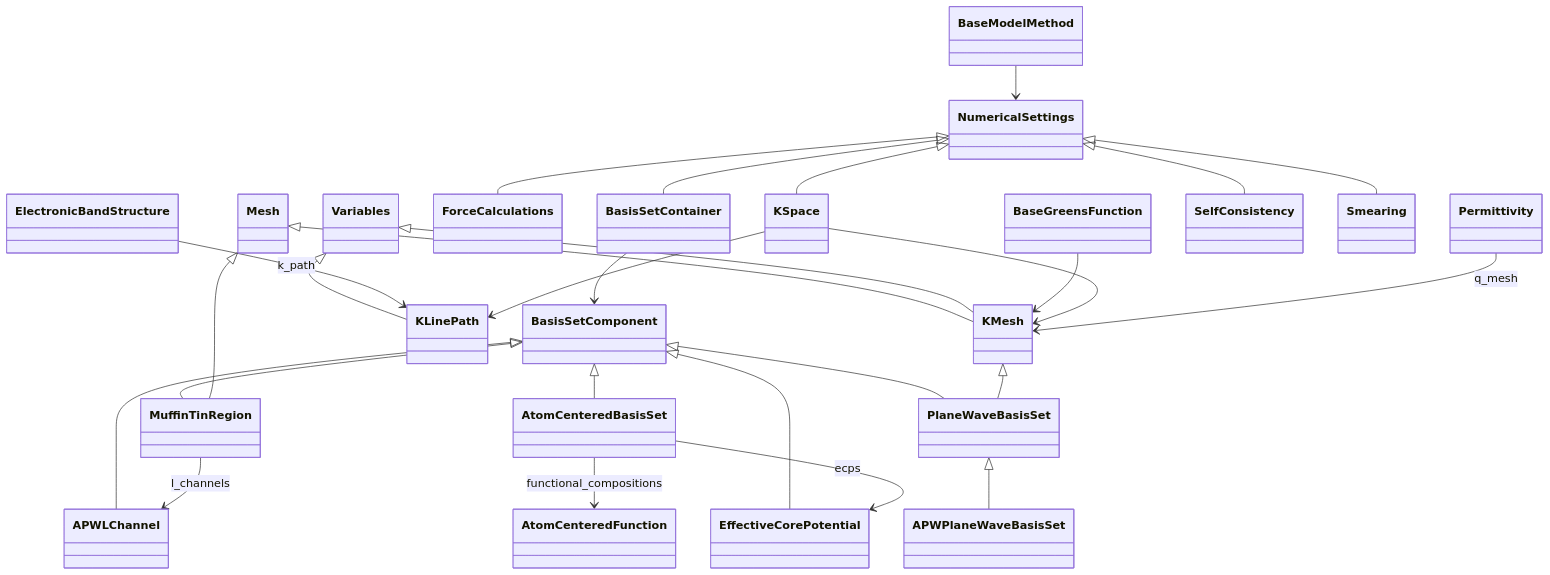
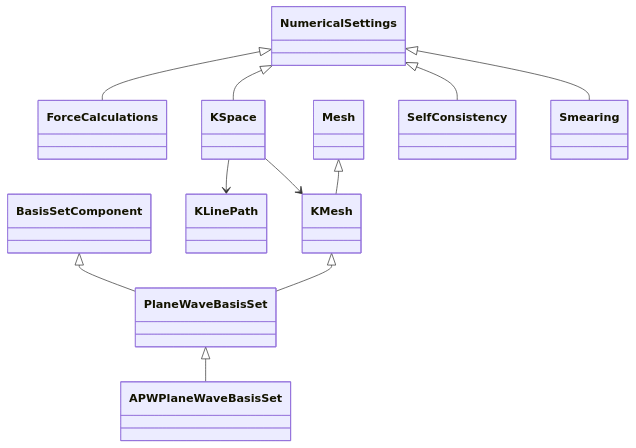
The first of 2 diagrams in docs/schema/numerical_settings.diagram.md (FAIRmat-NFDI/nomad-simulations), drawn with Mermaid before and after one commit. The commit also changed other lines of this file and 104 other files, not shown here.

Commit message:
new verticals, new logic for filtering in diagrams, auto docs generation dev docs

````diff
--- a/docs/schema/numerical_settings.diagram.md
+++ b/docs/schema/numerical_settings.diagram.md
@@ -16,73 +16,35 @@
 ```mermaid
 classDiagram
-    class APWLChannel {
-    }
     class APWPlaneWaveBasisSet {
     }
-    class AtomCenteredBasisSet {
-    }
-    class AtomCenteredFunction {
-    }
-    class BaseGreensFunction {
-    }
-    class BaseModelMethod {
-    }
     class BasisSetComponent {
-    }
-    class BasisSetContainer {
-    }
-    class EffectiveCorePotential {
-    }
-    class ElectronicBandStructure {
     }
     class ForceCalculations {
     }
     class KLinePath {
     }
     class KMesh {
     }
     class KSpace {
     }
     class Mesh {
     }
-    class MuffinTinRegion {
-    }
     class NumericalSettings {
-    }
-    class Permittivity {
     }
     class PlaneWaveBasisSet {
     }
     class SelfConsistency {
     }
     class Smearing {
     }
-    class Variables {
-    }
-    BasisSetComponent <|-- APWLChannel
     PlaneWaveBasisSet <|-- APWPlaneWaveBasisSet
-    BasisSetComponent <|-- AtomCenteredBasisSet
-    NumericalSettings <|-- BasisSetContainer
-    BasisSetComponent <|-- EffectiveCorePotential
     NumericalSettings <|-- ForceCalculations
-    Variables <|-- KLinePath
     Mesh <|-- KMesh
-    Variables <|-- KMesh
     NumericalSettings <|-- KSpace
-    BasisSetComponent <|-- MuffinTinRegion
-    Mesh <|-- MuffinTinRegion
     BasisSetComponent <|-- PlaneWaveBasisSet
     KMesh <|-- PlaneWaveBasisSet
     NumericalSettings <|-- SelfConsistency
     NumericalSettings <|-- Smearing
-    AtomCenteredBasisSet --> AtomCenteredFunction : functional_compositions
-    AtomCenteredBasisSet --> EffectiveCorePotential : ecps
-    BaseGreensFunction --> KMesh
-    BaseModelMethod --> NumericalSettings
-    BasisSetContainer --> BasisSetComponent
-    ElectronicBandStructure --> KLinePath : k_path
     KSpace --> KLinePath
     KSpace --> KMesh
-    MuffinTinRegion --> APWLChannel : l_channels
-    Permittivity --> KMesh : q_mesh
 ```
````
